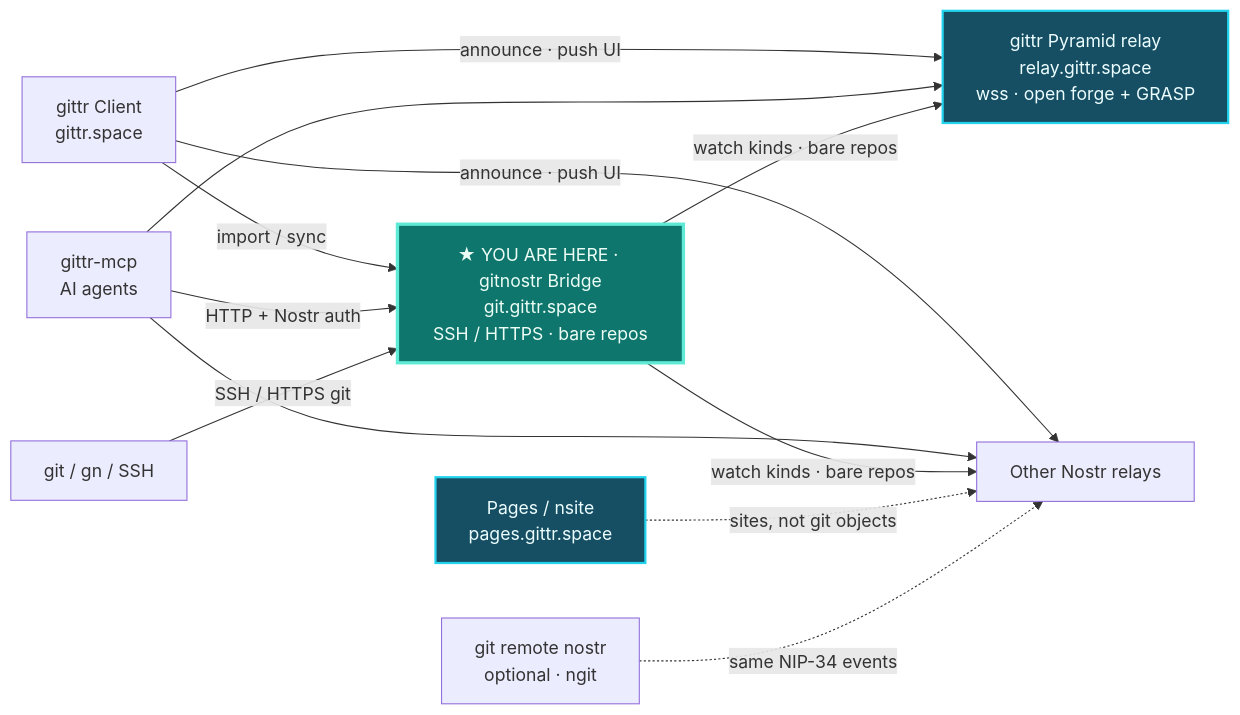
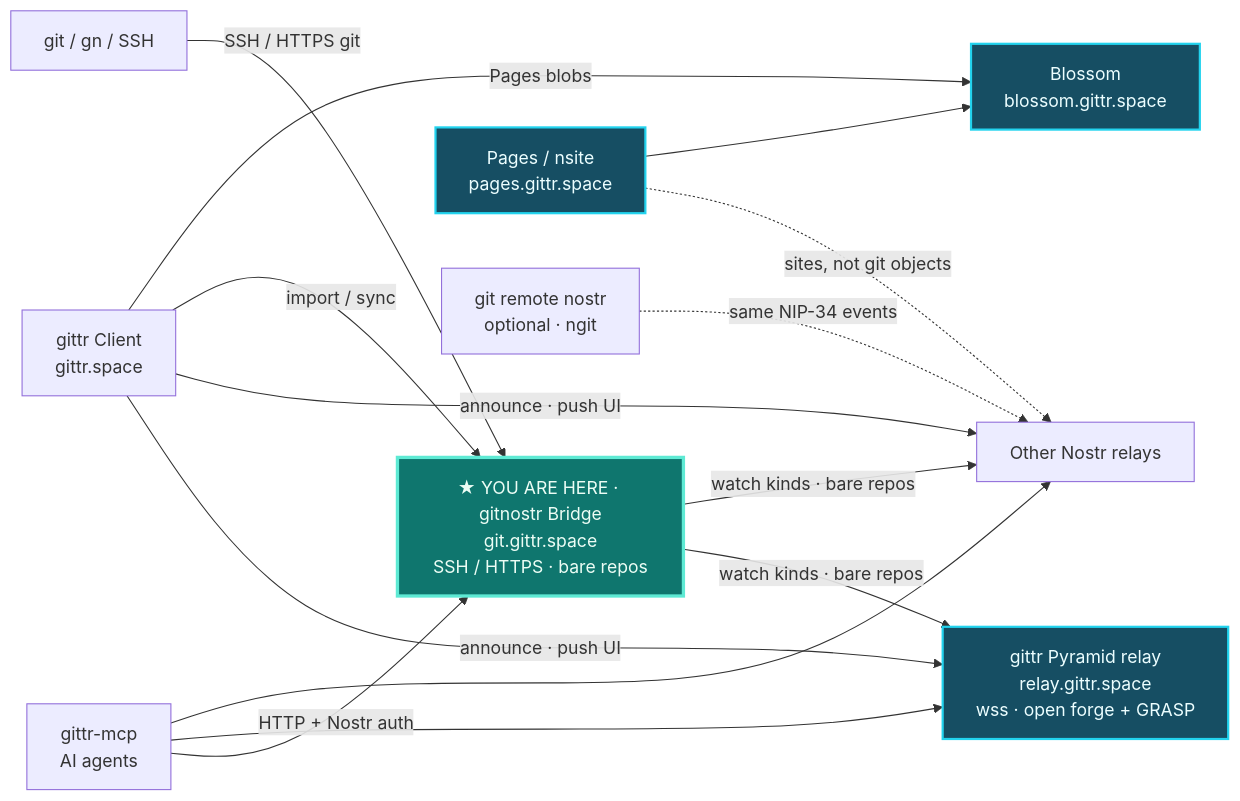
The diagram in ui/gitnostr/README.md (arbadacarbaYK/gittr), drawn with Mermaid before and after one commit. The commit also changed other lines of this file and 188 other files, not shown here.

````diff
--- a/ui/gitnostr/README.md
+++ b/ui/gitnostr/README.md
@@ -13,28 +13,31 @@
 ```mermaid
 flowchart LR
   UI["gittr Client<br/>gittr.space"]
   MCP["gittr-mcp<br/>AI agents"]
   CLI["git / gn / SSH"]
   Bridge["★ YOU ARE HERE · gitnostr Bridge<br/>git.gittr.space<br/>SSH / HTTPS · bare repos"]
   RelayGittr["gittr Pyramid relay<br/>relay.gittr.space<br/>wss · open forge + GRASP"]
   Relays["Other Nostr relays"]
   Pages["Pages / nsite<br/>pages.gittr.space"]
+  Blossom["Blossom<br/>blossom.gittr.space"]
   Remote["git remote nostr<br/>optional · ngit"]
 
   UI -->|announce · push UI| RelayGittr
   UI -->|announce · push UI| Relays
   UI -->|import / sync| Bridge
+  UI -->|Pages blobs| Blossom
   MCP -->|HTTP + Nostr auth| Bridge
   MCP --> RelayGittr
   MCP --> Relays
   CLI -->|SSH / HTTPS git| Bridge
   Bridge -->|watch kinds · bare repos| RelayGittr
   Bridge -->|watch kinds · bare repos| Relays
   Pages -.->|sites, not git objects| Relays
+  Pages --> Blossom
   Remote -.->|same NIP-34 events| Relays
 
   classDef youAreHere fill:#0f766e,stroke:#5eead4,stroke-width:3px,color:#ecfdf5
   classDef hostUrl fill:#164e63,stroke:#22d3ee,stroke-width:2px,color:#ecfeff
   class Bridge youAreHere
-  class Pages,RelayGittr hostUrl
+  class Pages,Blossom,RelayGittr hostUrl
 ```
````
